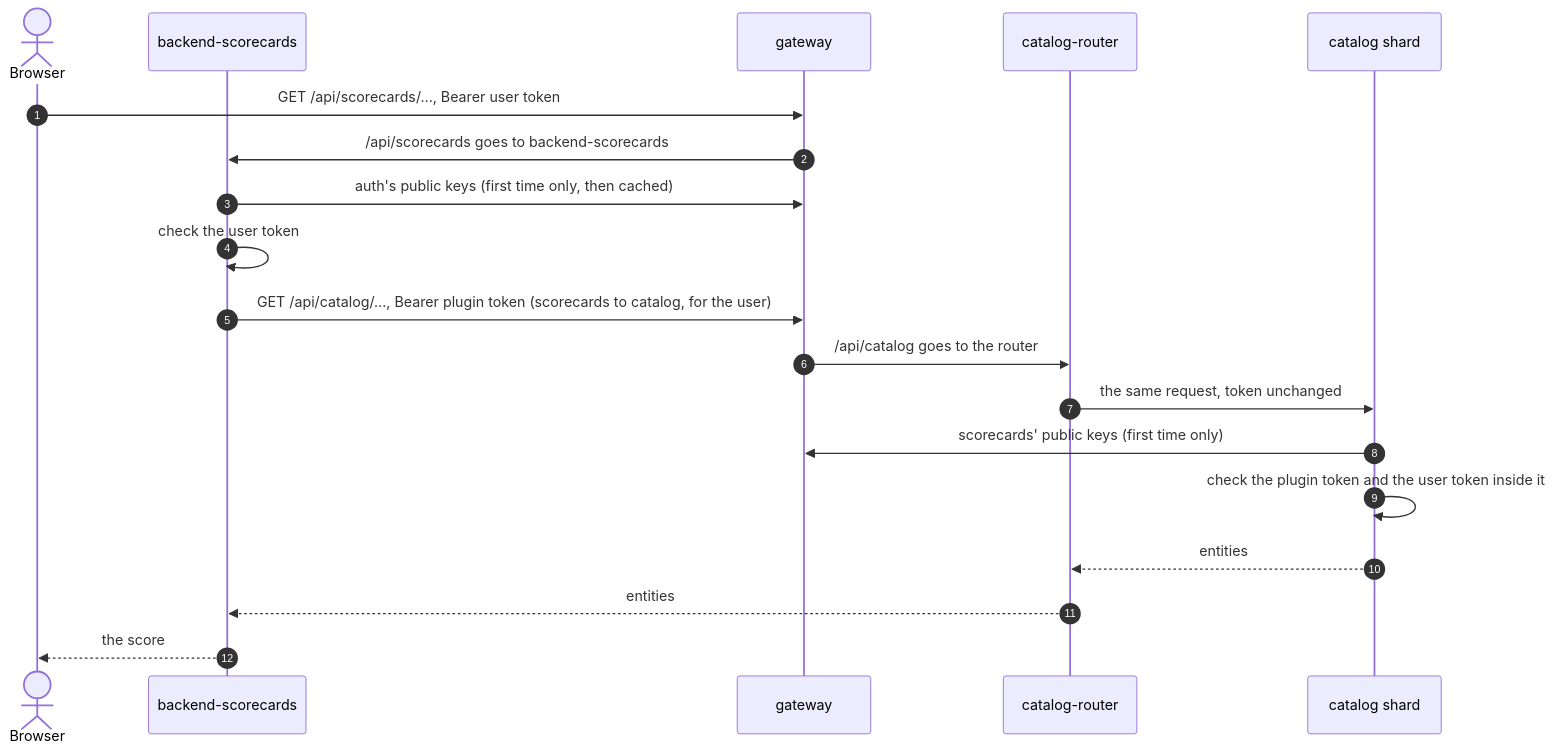
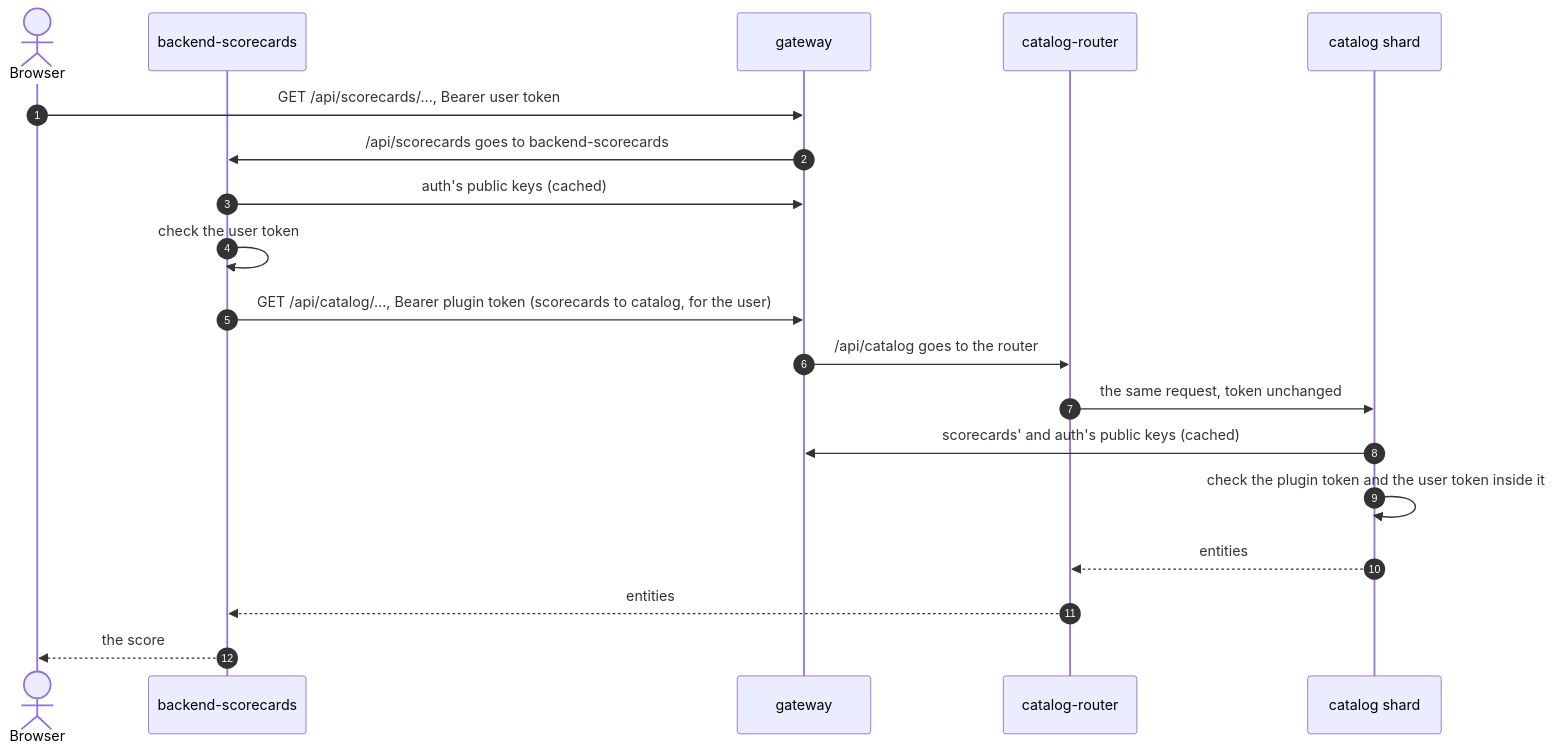
The fifth of 16 diagrams in backstage-split-backends/docs/GUIDE.md (rgardam/rgardam), drawn with Mermaid before and after one commit. The commit also changed other lines of this file and 2 other files, not shown here.

````diff
--- a/backstage-split-backends/docs/GUIDE.md
+++ b/backstage-split-backends/docs/GUIDE.md
@@ -144,21 +147,21 @@
 ```mermaid
 sequenceDiagram
   autonumber
   actor U as Browser
   participant SC as backend-scorecards
   participant G as gateway
   participant R as catalog-router
   participant S as catalog shard
   U->>G: GET /api/scorecards/..., Bearer user token
   G->>SC: /api/scorecards goes to backend-scorecards
-  SC->>G: auth's public keys (first time only, then cached)
+  SC->>G: auth's public keys (cached)
   SC->>SC: check the user token
   SC->>G: GET /api/catalog/..., Bearer plugin token (scorecards to catalog, for the user)
   G->>R: /api/catalog goes to the router
   R->>S: the same request, token unchanged
-  S->>G: scorecards' public keys (first time only)
+  S->>G: scorecards' and auth's public keys (cached)
   S->>S: check the plugin token and the user token inside it
   S-->>R: entities
   R-->>SC: entities
   SC-->>U: the score
 ```
````
